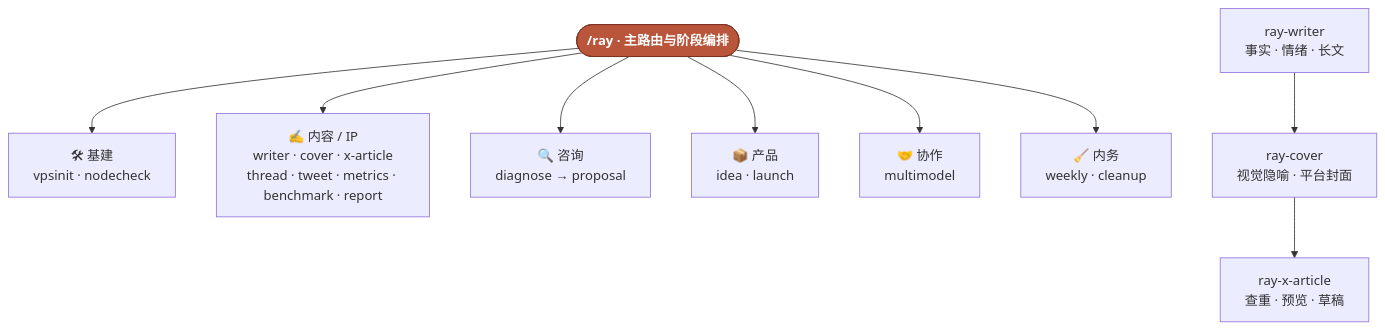
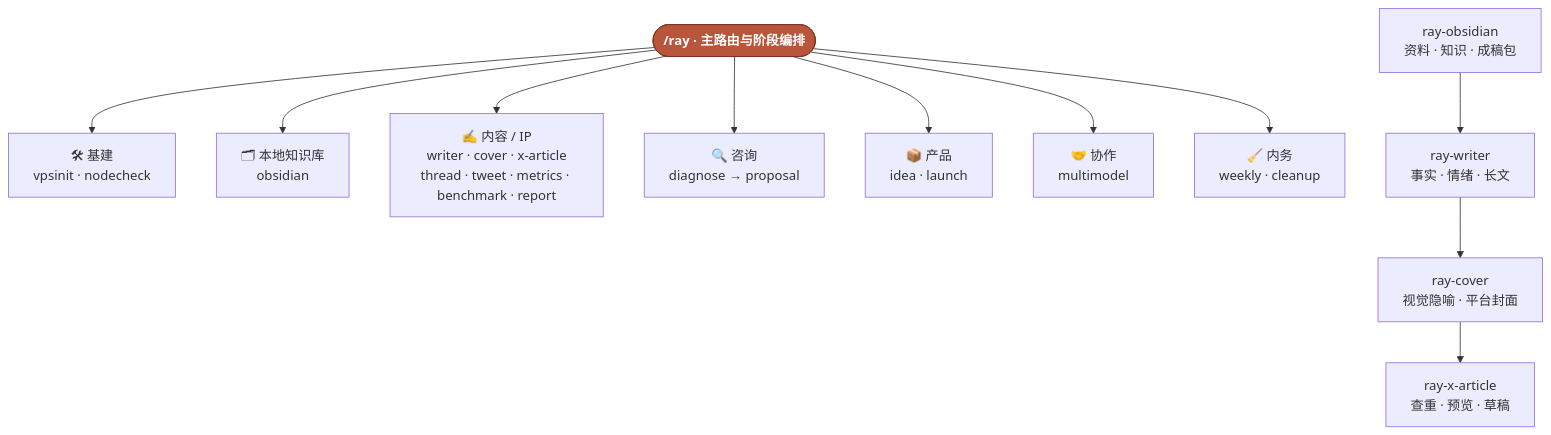
The diagram in README.md (imraywang/rayskills), drawn with Mermaid before and after one commit. The commit also changed other lines of this file and 38 other files, not shown here.

````diff
--- a/README.md
+++ b/README.md
@@ -63,16 +64,18 @@
 ```mermaid
 flowchart TD
     RAY(["/ray · 主路由与阶段编排"]):::hub
 
     RAY --> INFRA["🛠 基建<br/>vpsinit · nodecheck"]
+    RAY --> KNOWLEDGE["🗂 本地知识库<br/>obsidian"]
     RAY --> CONTENT["✍️ 内容 / IP<br/>writer · cover · x-article<br/>thread · tweet · metrics · benchmark · report"]
     RAY --> CONSULT["🔍 咨询<br/>diagnose → proposal"]
     RAY --> PRODUCT["📦 产品<br/>idea · launch"]
     RAY --> COLLAB["🤝 协作<br/>multimodel"]
     RAY --> OPS["🧹 内务<br/>weekly · cleanup"]
 
-    WRITER["ray-writer<br/>事实 · 情绪 · 长文"] --> COVER["ray-cover<br/>视觉隐喻 · 平台封面"]
+    OBSIDIAN["ray-obsidian<br/>资料 · 知识 · 成稿包"] --> WRITER["ray-writer<br/>事实 · 情绪 · 长文"]
+    WRITER --> COVER["ray-cover<br/>视觉隐喻 · 平台封面"]
     COVER --> XARTICLE["ray-x-article<br/>查重 · 预览 · 草稿"]
 
     classDef hub fill:#b8553a,stroke:#7a3320,color:#fff,font-weight:bold;
 ```
````
